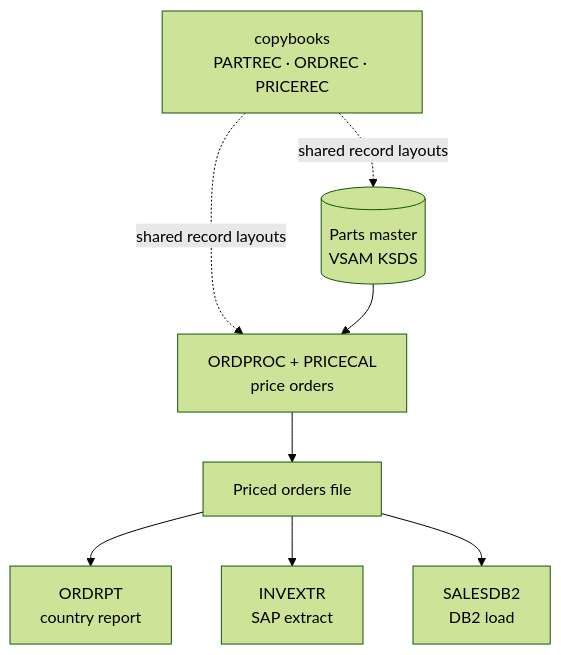
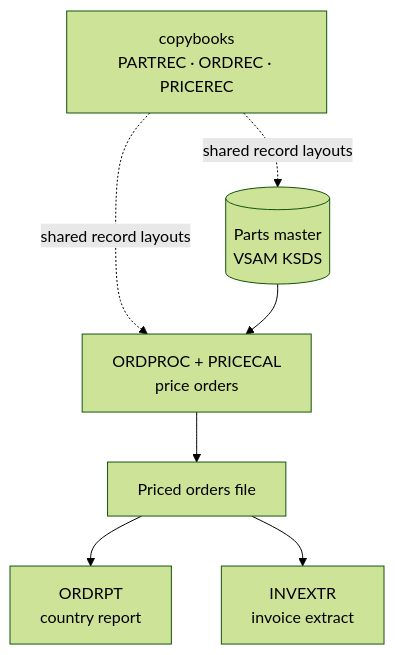
Before and after one commit to janvaclavikorganization/zos-autoparts-lab: the first of 2 diagrams in docs/architecture.md, drawn with Mermaid (forest theme). The commit also changed other lines of this file and 15 other files, not shown here.

````diff
--- a/docs/architecture.md
+++ b/docs/architecture.md
@@ -8,18 +8,16 @@
 ```mermaid
 flowchart TB
     CPY[copybooks<br/>PARTREC · ORDREC · PRICEREC]
     PM[(Parts master<br/>VSAM KSDS)]
     PROC[ORDPROC + PRICECAL<br/>price orders]
     RPT[ORDRPT<br/>country report]
-    INV[INVEXTR<br/>SAP extract]
-    DB2P[SALESDB2<br/>DB2 load]
+    INV[INVEXTR<br/>invoice extract]
     PRICED[Priced orders file]
 
     CPY -.shared record layouts.-> PM
     CPY -.shared record layouts.-> PROC
     PM --> PROC
     PROC --> PRICED
     PRICED --> RPT
     PRICED --> INV
-    PRICED --> DB2P
 ```
````
